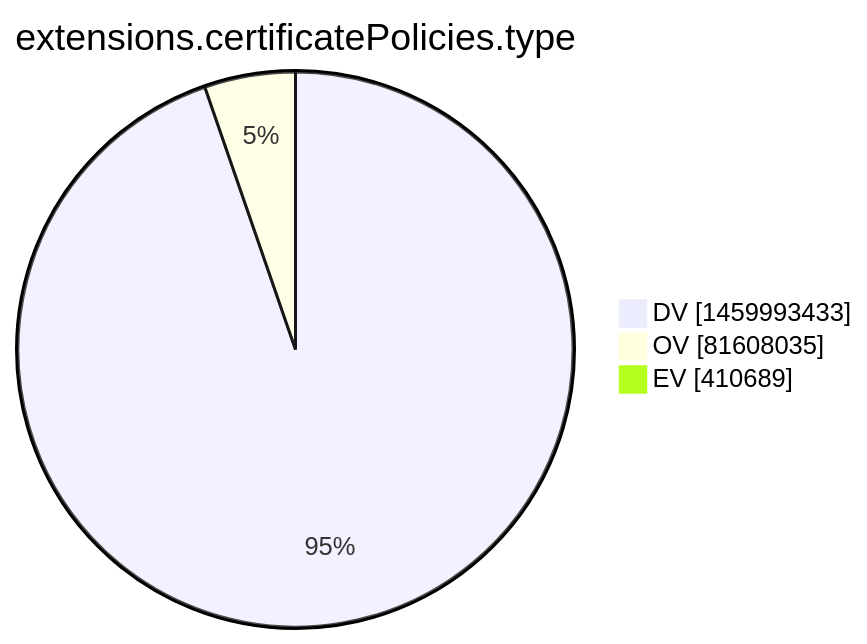
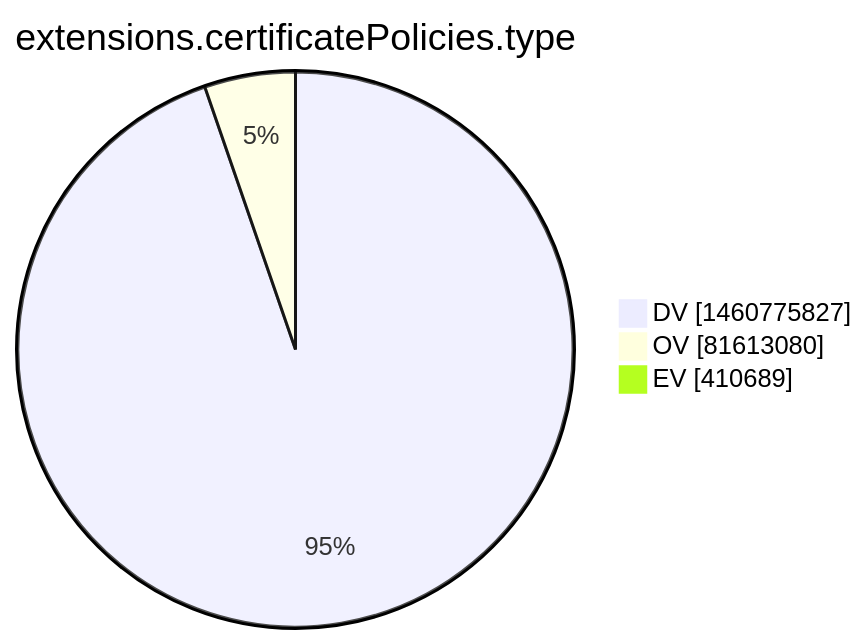
Before and after one commit to christiankrug/ctmonitor_visualization: the tenth of 15 diagrams in xenon2022/README.md, drawn with Mermaid. The commit also changed other lines of this file, not shown here.

````diff
--- a/xenon2022/README.md
+++ b/xenon2022/README.md
@@ -2870,7 +2870,7 @@
 ```mermaid
 pie showData
 title extensions.certificatePolicies.type
-"DV" :1459993433
-"OV" :81608035
+"DV" :1460775827
+"OV" :81613080
 "EV" :410689
 ```
````
